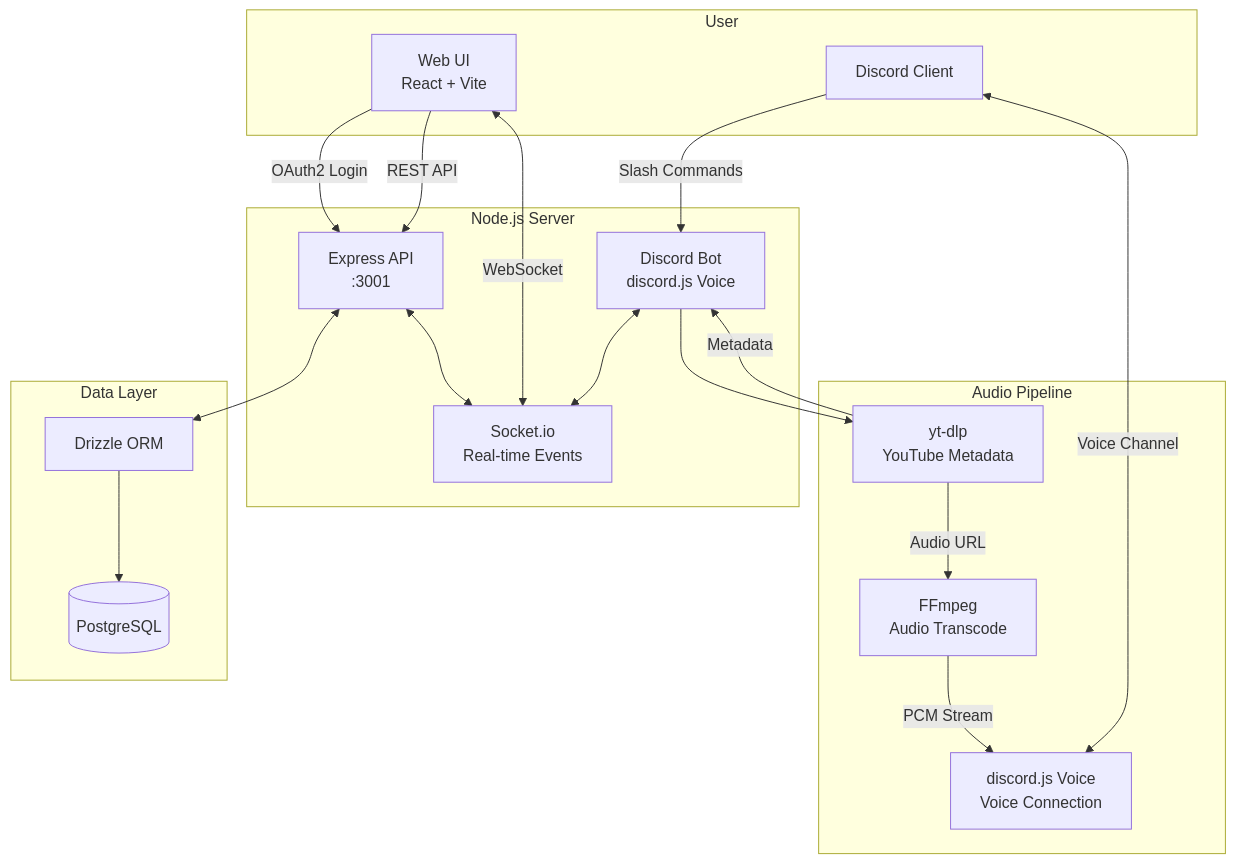
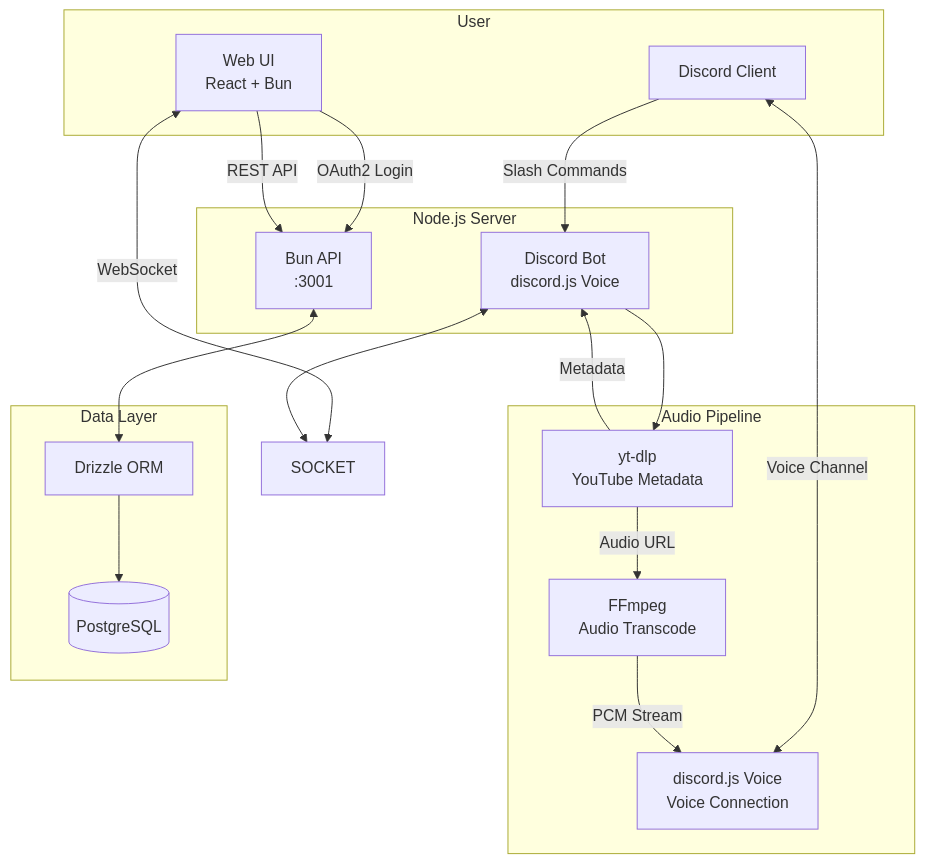
The diagram in docs/tech-stack.md (ebears/alfira-bot), drawn with Mermaid before and after one commit. The commit also changed other lines of this file and 55 other files, not shown here.

First line of the commit message:
refactor: migrate from Express.js + Socket.io + Vite to Bun fullstack

````diff
--- a/docs/tech-stack.md
+++ b/docs/tech-stack.md
@@ -19,45 +18,43 @@
 ```mermaid
 flowchart TB
     subgraph User
-        WEB[Web UI<br/>React + Vite]
+        WEB[Web UI<br/>React + Bun]
         DISC[Discord Client]
     end
 
     subgraph Server["Node.js Server"]
-        API[Express API<br/>:3001]
+        API[Bun API<br/>:3001]
         BOT[Discord Bot<br/>discord.js Voice]
-        SOCKET[Socket.io<br/>Real-time Events]
     end
 
     subgraph Audio["Audio Pipeline"]
         YTDLP[yt-dlp<br/>YouTube Metadata]
         FF[FFmpeg<br/>Audio Transcode]
         VOICE[discord.js Voice<br/>Voice Connection]
     end
 
     subgraph Data["Data Layer"]
         DRIZZLE[Drizzle ORM]
         PG[(PostgreSQL)]
     end
 
     %% User interactions
     WEB -->|OAuth2 Login| API
     WEB -->|REST API| API
     WEB <-->|WebSocket| SOCKET
     DISC -->|Slash Commands| BOT
     DISC <-->|Voice Channel| VOICE
 
     %% Server internal
     API <--> DRIZZLE
     BOT <--> SOCKET
-    API <--> SOCKET
 
     %% Audio pipeline
     YTDLP -->|Metadata| BOT
     YTDLP -->|Audio URL| FF
     FF -->|PCM Stream| VOICE
     BOT --> YTDLP
 
     %% Database
     DRIZZLE --> PG
 ```
````
